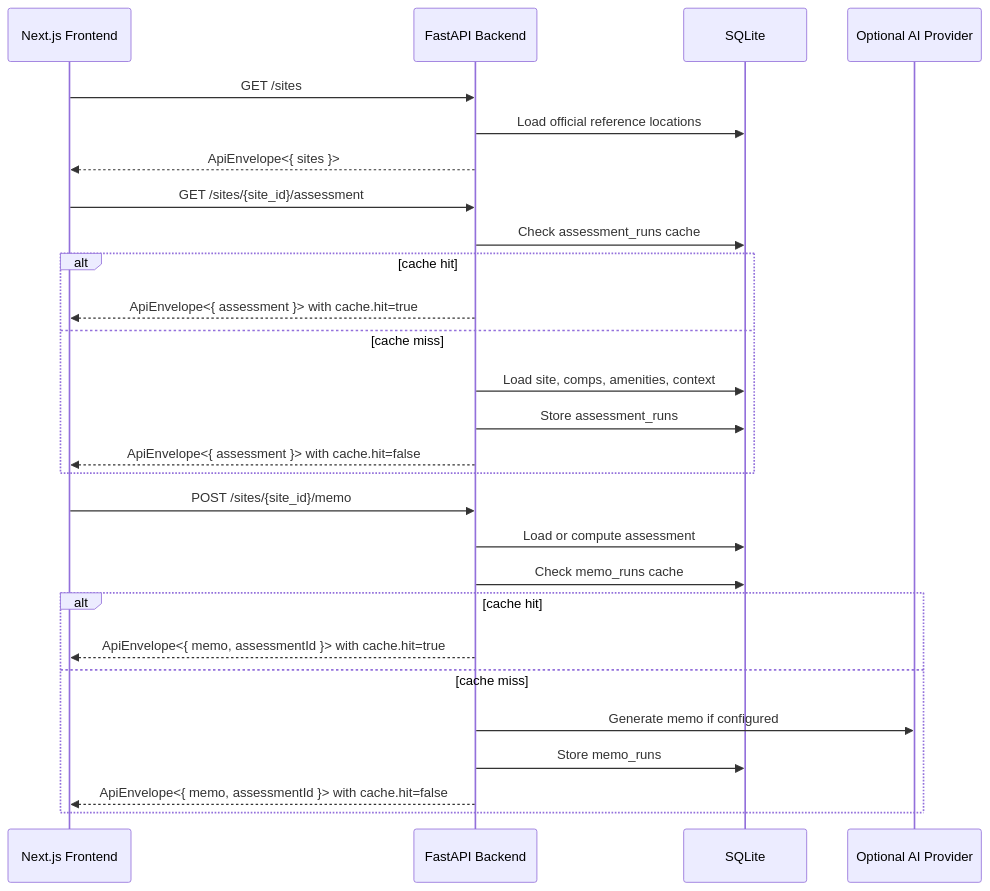
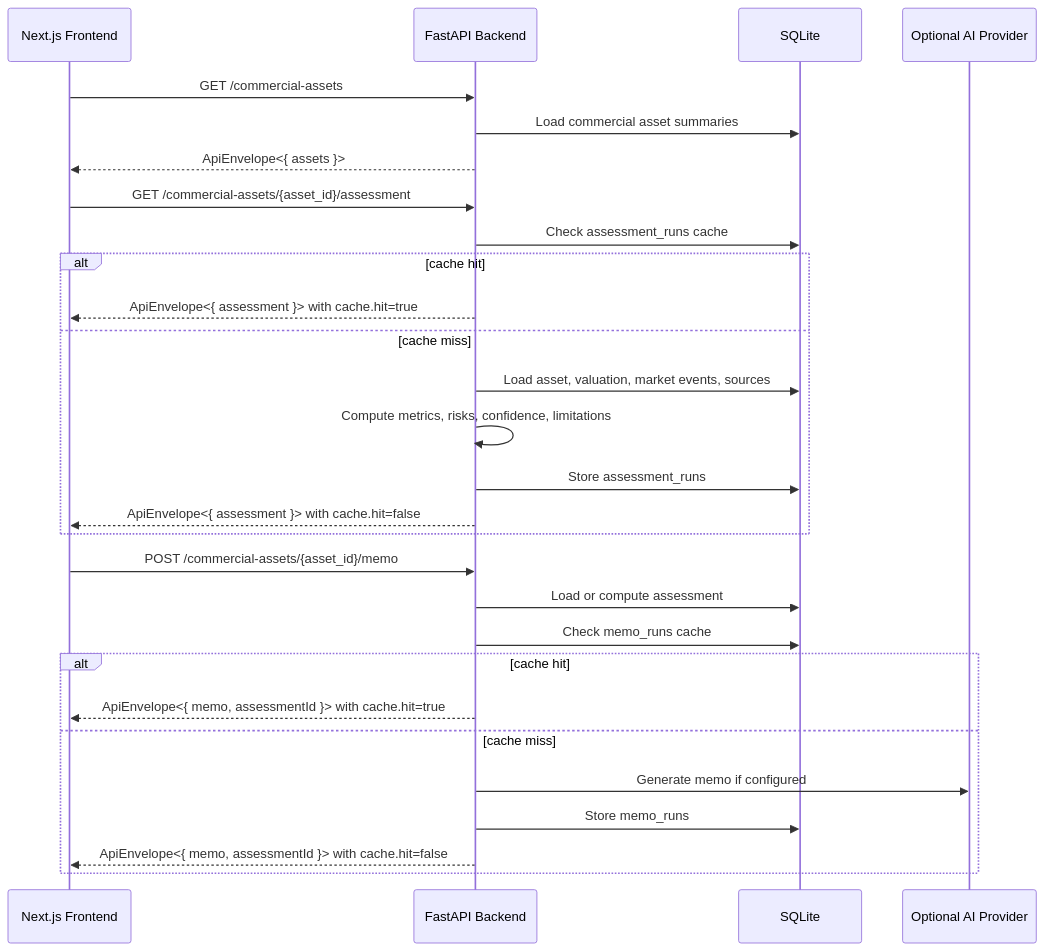
The fourth of 6 diagrams in docs/design-review.md (wkcjay/commercial-asset-screening), drawn with Mermaid before and after one commit. The commit also changed other lines of this file and 3 other files, not shown here.

Commit message:
Align docs with commercial asset workflow

````diff
--- a/docs/design-review.md
+++ b/docs/design-review.md
@@ -96,32 +96,33 @@
 ```mermaid
 sequenceDiagram
   participant UI as Next.js Frontend
   participant API as FastAPI Backend
   participant DB as SQLite
   participant AI as Optional AI Provider
 
-  UI->>API: GET /sites
-  API->>DB: Load official reference locations
-  API-->>UI: ApiEnvelope<{ sites }>
+  UI->>API: GET /commercial-assets
+  API->>DB: Load commercial asset summaries
+  API-->>UI: ApiEnvelope<{ assets }>
 
-  UI->>API: GET /sites/{site_id}/assessment
+  UI->>API: GET /commercial-assets/{asset_id}/assessment
   API->>DB: Check assessment_runs cache
   alt cache hit
     API-->>UI: ApiEnvelope<{ assessment }> with cache.hit=true
   else cache miss
-    API->>DB: Load site, comps, amenities, context
+    API->>DB: Load asset, valuation, market events, sources
+    API->>API: Compute metrics, risks, confidence, limitations
     API->>DB: Store assessment_runs
     API-->>UI: ApiEnvelope<{ assessment }> with cache.hit=false
   end
 
-  UI->>API: POST /sites/{site_id}/memo
+  UI->>API: POST /commercial-assets/{asset_id}/memo
   API->>DB: Load or compute assessment
   API->>DB: Check memo_runs cache
   alt cache hit
     API-->>UI: ApiEnvelope<{ memo, assessmentId }> with cache.hit=true
   else cache miss
     API->>AI: Generate memo if configured
     API->>DB: Store memo_runs
     API-->>UI: ApiEnvelope<{ memo, assessmentId }> with cache.hit=false
   end
 ```
````
